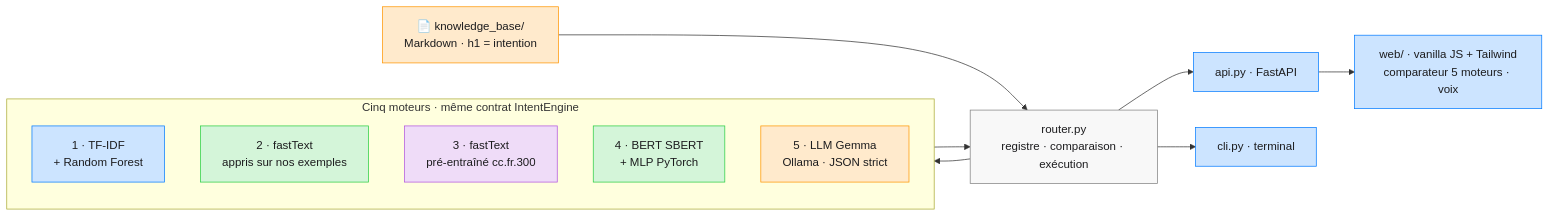
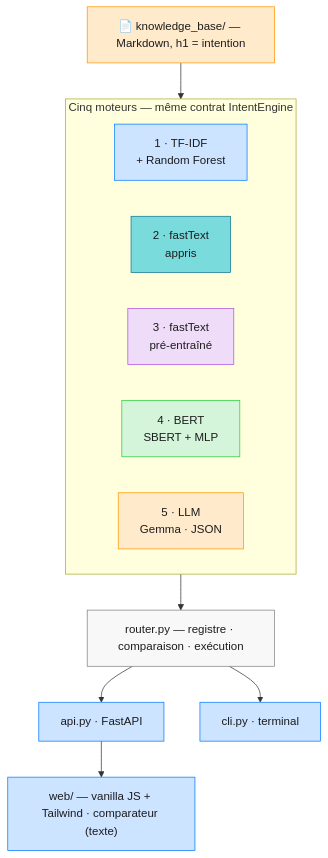
The second of 2 diagrams in LISEZMOI.md (warith-harchaoui/intentions), drawn with Mermaid before and after one commit. The commit also changed other lines of this file and 5 other files, not shown here.

First line of the commit message:
Polish diagrams + violins: house palette, top-down architecture

````diff
--- a/LISEZMOI.md
+++ b/LISEZMOI.md
@@ -232,29 +232,29 @@
 ```mermaid
-flowchart LR
-    KB["📄 knowledge_base/<br/>Markdown · h1 = intention"] --> R
+flowchart TB
+    KB["📄 knowledge_base/ — Markdown, h1 = intention"] --> Moteurs
 
-    subgraph Moteurs["Cinq moteurs · même contrat IntentEngine"]
-        direction TB
+    subgraph Moteurs["Cinq moteurs — même contrat IntentEngine"]
+        direction LR
         E1["1 · TF-IDF<br/>+ Random Forest"]
-        E2["2 · fastText<br/>appris sur nos exemples"]
-        E3["3 · fastText<br/>pré-entraîné cc.fr.300"]
-        E4["4 · BERT SBERT<br/>+ MLP PyTorch"]
-        E5["5 · LLM Gemma<br/>Ollama · JSON strict"]
+        E2["2 · fastText<br/>appris"]
+        E3["3 · fastText<br/>pré-entraîné"]
+        E4["4 · BERT<br/>SBERT + MLP"]
+        E5["5 · LLM<br/>Gemma · JSON"]
     end
 
-    R["router.py<br/>registre · comparaison · exécution"] --> Moteurs
-    Moteurs --> R
-    R --> API["api.py · FastAPI"] & CLI["cli.py · terminal"]
-    API --> WEB["web/ · vanilla JS + Tailwind<br/>comparateur 5 moteurs · voix"]
+    Moteurs --> R["router.py — registre · comparaison · exécution"]
+    R --> API["api.py · FastAPI"]
+    R --> CLI["cli.py · terminal"]
+    API --> WEB["web/ — vanilla JS + Tailwind · comparateur (texte)"]
 
     style KB fill:#FFEACC,stroke:#FF9500,color:#1C1C1E
     style R fill:#F8F8F8,stroke:#808080,color:#1C1C1E
     style E1 fill:#CCE4FF,stroke:#007AFF,color:#1C1C1E
-    style E2 fill:#D4F5D9,stroke:#28CD41,color:#1C1C1E
+    style E2 fill:#79DBDC,stroke:#0E7490,color:#1C1C1E
     style E3 fill:#EFDCF8,stroke:#AF52DE,color:#1C1C1E
     style E4 fill:#D4F5D9,stroke:#28CD41,color:#1C1C1E
     style E5 fill:#FFEACC,stroke:#FF9500,color:#1C1C1E
     style API fill:#CCE4FF,stroke:#007AFF,color:#1C1C1E
     style CLI fill:#CCE4FF,stroke:#007AFF,color:#1C1C1E
     style WEB fill:#CCE4FF,stroke:#007AFF,color:#1C1C1E
 ```
````
